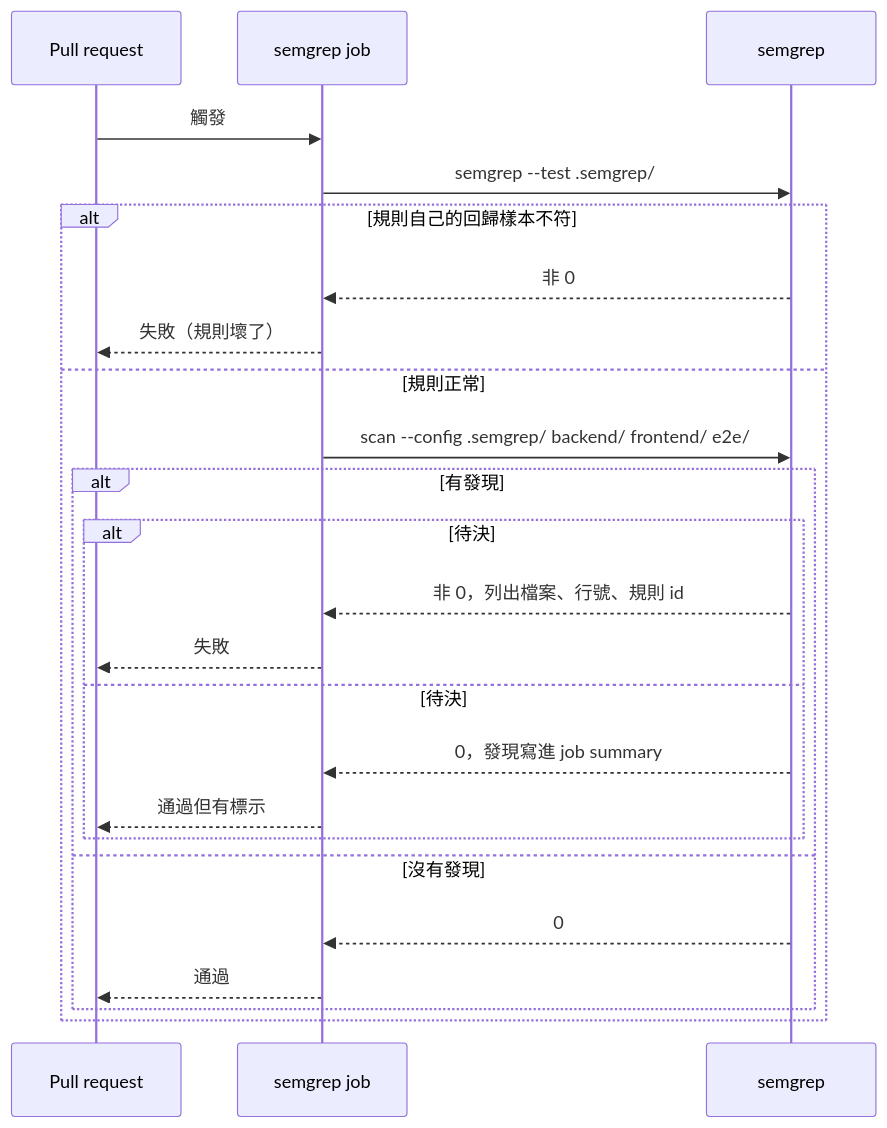
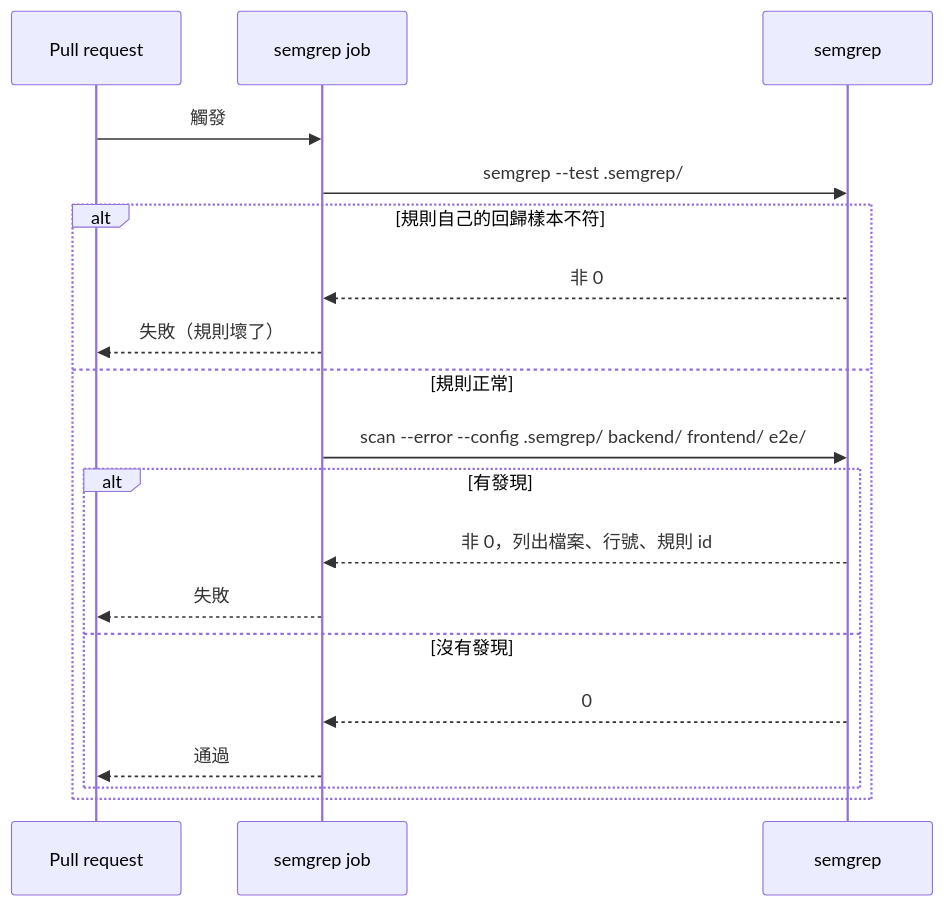
One commit to label-suite/label-suite changed diagram 12 of 13 in openspec/changes/infra-compose-e2e-ci/system-design.md. Above: the diagram before and after it, drawn with Mermaid. The commit also changed other lines of this file, not shown here.

````diff
--- a/openspec/changes/infra-compose-e2e-ci/system-design.md
+++ b/openspec/changes/infra-compose-e2e-ci/system-design.md
@@ -564,26 +571,21 @@
 ```mermaid
 sequenceDiagram
   participant PR as Pull request
   participant Job as semgrep job
   participant SG as semgrep
   PR->>Job: 觸發
   Job->>SG: semgrep --test .semgrep/
   alt 規則自己的回歸樣本不符
     SG-->>Job: 非 0
     Job-->>PR: 失敗（規則壞了）
   else 規則正常
-    Job->>SG: scan --config .semgrep/ backend/ frontend/ e2e/
+    Job->>SG: scan --error --config .semgrep/ backend/ frontend/ e2e/
     alt 有發現
-      alt 待決 #6 選「失敗」（加 --error）
-        SG-->>Job: 非 0，列出檔案、行號、規則 id
-        Job-->>PR: 失敗
-      else 待決 #6 選「只回報」
-        SG-->>Job: 0，發現寫進 job summary
-        Job-->>PR: 通過但有標示
-      end
+      SG-->>Job: 非 0，列出檔案、行號、規則 id
+      Job-->>PR: 失敗
     else 沒有發現
       SG-->>Job: 0
       Job-->>PR: 通過
     end
   end
 ```
````
